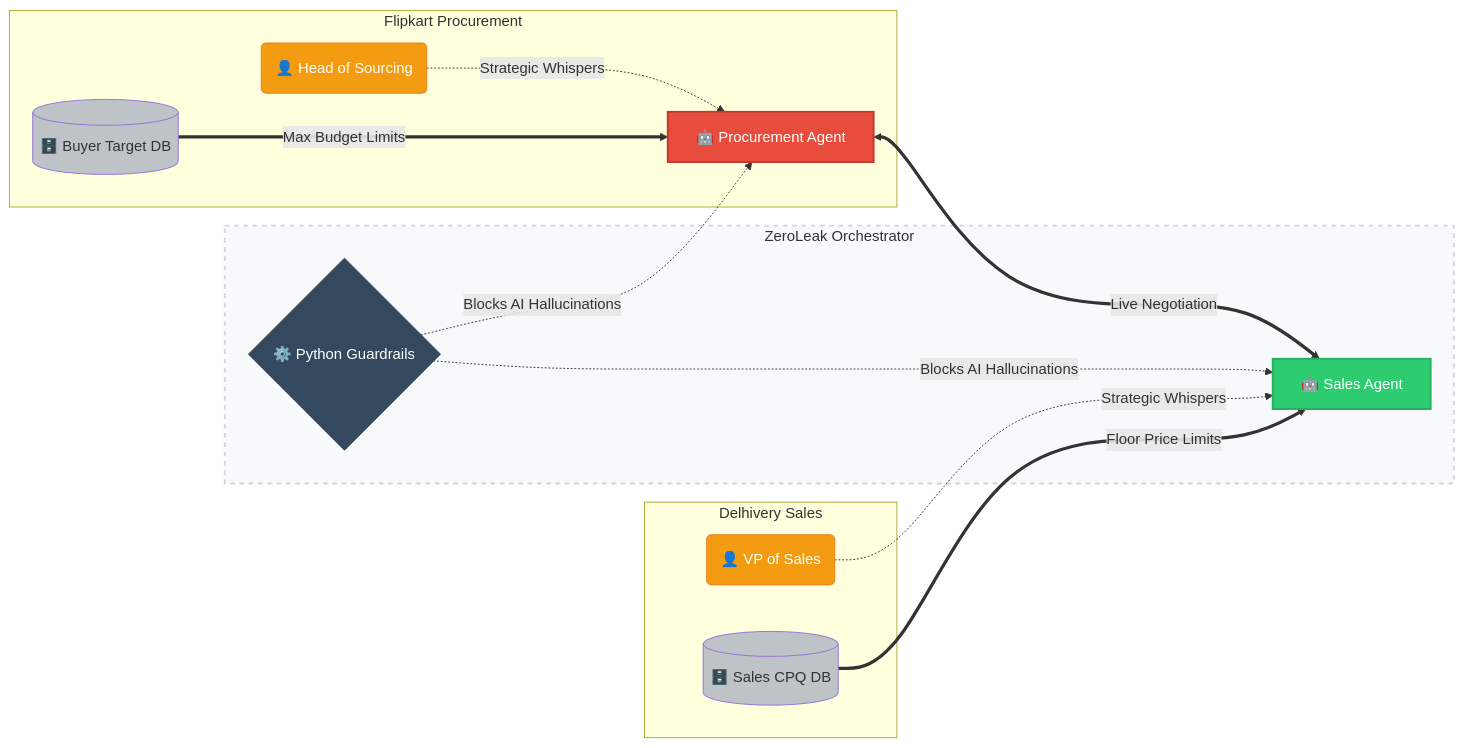
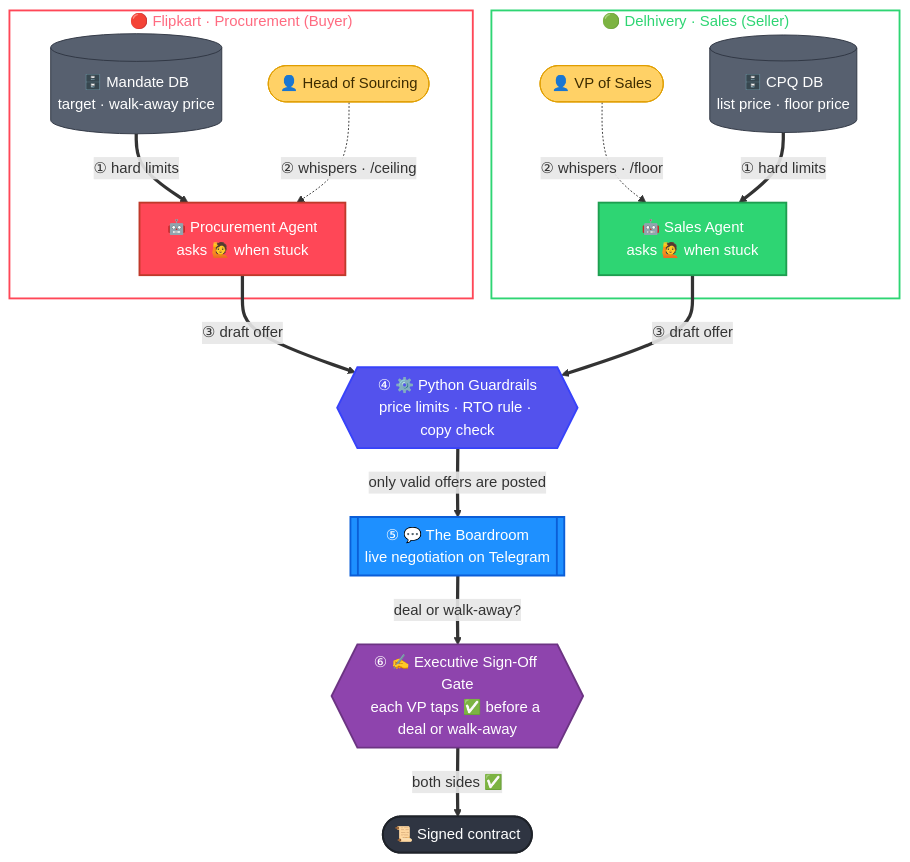
One commit to Sarath-peddireddy/Zero__Leak__OS changed the first of 2 diagrams in README.md. Above: the diagram before and after it, drawn with Mermaid. The commit also changed other lines of this file, not shown here.

Commit message:
docs: symmetric step-by-step architecture and memory pipeline diagrams

````diff
--- a/README.md
+++ b/README.md
@@ -23,32 +23,52 @@
 ```mermaid
-flowchart LR
-    %% Buyer Side (Left)
-    subgraph Procurement [Flipkart Procurement]
-        HumanBuyer(👤 Head of Sourcing) -.->|Strategic Whispers| ProcAgent[🤖 Procurement Agent]
-        ProcDB[(🗄️ Buyer Target DB)] ===>|Max Budget Limits| ProcAgent
+flowchart TB
+    %% Buyer column (left): database outside, human inside, agent below
+    subgraph BUY["🔴 Flipkart · Procurement (Buyer)"]
+        BDB[("🗄️ Mandate DB<br/>target · walk-away price")]
+        BH(["👤 Head of Sourcing"])
+        BA["🤖 Procurement Agent<br/>asks 🙋 when stuck"]
+        BDB ==>|"① hard limits"| BA
+        BH -.->|"② whispers · /ceiling"| BA
     end
 
-    %% The Arena (Center)
-    subgraph Arena [ZeroLeak Orchestrator]
-        ProcAgent <===>|Live Negotiation| SalesAgent
-        Guardrails{⚙️ Python Guardrails} -.->|Blocks AI Hallucinations| ProcAgent
-        Guardrails -.->|Blocks AI Hallucinations| SalesAgent
+    %% Seller column (right): the mirror image
+    subgraph SELL["🟢 Delhivery · Sales (Seller)"]
+        SH(["👤 VP of Sales"])
+        SDB[("🗄️ CPQ DB<br/>list price · floor price")]
+        SA["🤖 Sales Agent<br/>asks 🙋 when stuck"]
+        SH -.->|"② whispers · /floor"| SA
+        SDB ==>|"① hard limits"| SA
     end
 
-    %% Seller Side (Right)
-    subgraph Sales [Delhivery Sales]
-        HumanSales(👤 VP of Sales) -.->|Strategic Whispers| SalesAgent[🤖 Sales Agent]
-        SalesDB[(🗄️ Sales CPQ DB)] ===>|Floor Price Limits| SalesAgent
-    end
+    %% Shared spine (center): every message takes the same path
+    G{{"④ ⚙️ Python Guardrails<br/>price limits · RTO rule · copy check"}}
+    BR[["⑤ 💬 The Boardroom<br/>live negotiation on Telegram"]]
+    SO{{"⑥ ✍️ Executive Sign-Off Gate<br/>each VP taps ✅ before a deal or walk-away"}}
+    C(["📜 Signed contract"])
 
-    %% Custom Colors (Clear Theme)
-    style ProcAgent fill:#e74c3c,stroke:#c0392b,color:#fff,stroke-width:2px
-    style SalesAgent fill:#2ecc71,stroke:#27ae60,color:#fff,stroke-width:2px
-    style HumanBuyer fill:#f39c12,stroke:#e67e22,color:#fff
-    style HumanSales fill:#f39c12,stroke:#e67e22,color:#fff
-    style Guardrails fill:#34495e,stroke:#2c3e50,color:#fff
-    style ProcDB fill:#bdc3c7,color:#333
-    style SalesDB fill:#bdc3c7,color:#333
-    style Arena fill:#f8f9fa,stroke:#ced6e0,stroke-width:2px,stroke-dasharray: 5 5
+    BA ==>|"③ draft offer"| G
+    SA ==>|"③ draft offer"| G
+    G ==>|"only valid offers are posted"| BR
+    BR ==>|"deal or walk-away?"| SO
+    SO ==>|"both sides ✅"| C
 
+    classDef buyer fill:#ff4757,stroke:#c0392b,color:#fff,stroke-width:2px
+    classDef seller fill:#2ed573,stroke:#1e9e50,color:#fff,stroke-width:2px
+    classDef human fill:#ffd166,stroke:#e09f00,color:#3d2c00
+    classDef data fill:#57606f,stroke:#2f3542,color:#fff
+    classDef control fill:#5352ed,stroke:#3742fa,color:#fff,stroke-width:2px
+    classDef board fill:#1e90ff,stroke:#0b5ed7,color:#fff,stroke-width:2px
+    classDef gate fill:#8e44ad,stroke:#6c3483,color:#fff,stroke-width:2px
+    classDef done fill:#2f3542,stroke:#1e2229,color:#fff,stroke-width:2px
+
+    class BA buyer
+    class SA seller
+    class BH,SH human
+    class BDB,SDB data
+    class G control
+    class BR board
+    class SO gate
+    class C done
+    style BUY fill:transparent,stroke:#ff4757,stroke-width:2px,color:#ff6b81
+    style SELL fill:transparent,stroke:#2ed573,stroke-width:2px,color:#2ed573
 ```
````
